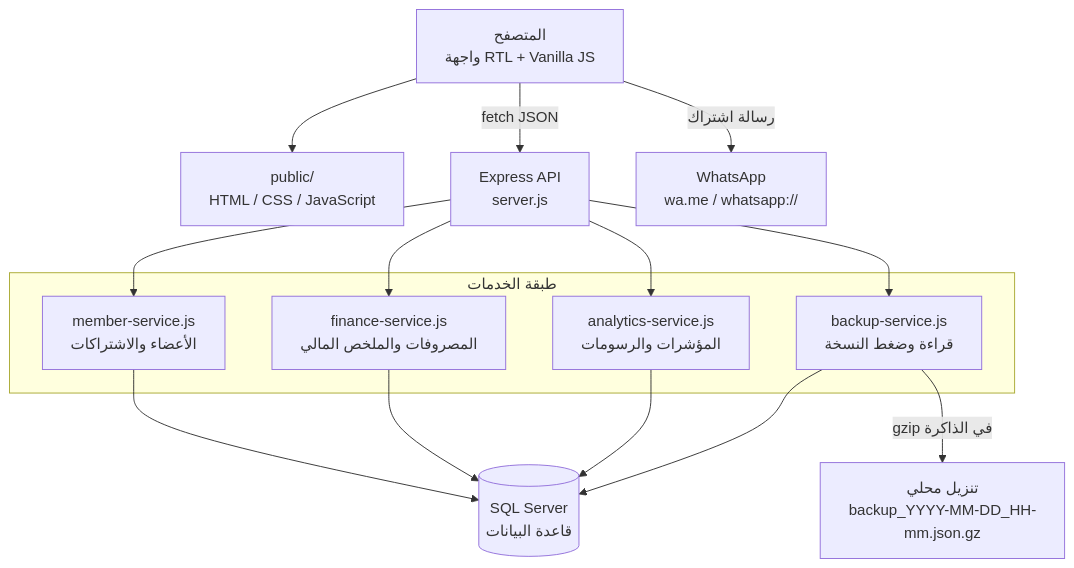
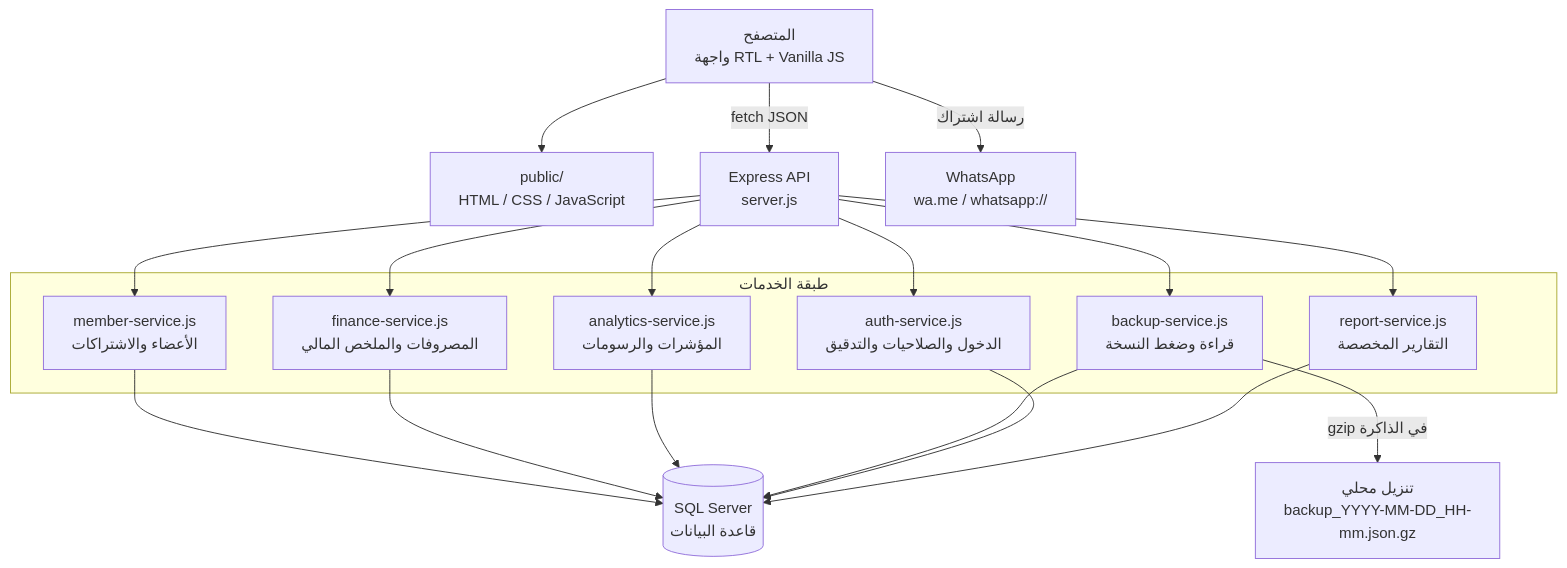
The first of 5 diagrams in README.md (AhmedSalem104/Top-Gym-Managment), drawn with Mermaid before and after one commit. The commit also changed other lines of this file and 15 other files, not shown here.

````diff
--- a/README.md
+++ b/README.md
@@ -45,30 +51,36 @@
 ```mermaid
 flowchart TB
     Browser["المتصفح<br/>واجهة RTL + Vanilla JS"]
     Assets["public/<br/>HTML / CSS / JavaScript"]
     API["Express API<br/>server.js"]
 
     subgraph Services["طبقة الخدمات"]
         Members["member-service.js<br/>الأعضاء والاشتراكات"]
         Finance["finance-service.js<br/>المصروفات والملخص المالي"]
         Analytics["analytics-service.js<br/>المؤشرات والرسومات"]
         Backup["backup-service.js<br/>قراءة وضغط النسخة"]
+        Auth["auth-service.js<br/>الدخول والصلاحيات والتدقيق"]
+        Reports["report-service.js<br/>التقارير المخصصة"]
     end
 
     SQL[("SQL Server<br/>قاعدة البيانات")]
     WhatsApp["WhatsApp<br/>wa.me / whatsapp://"]
     Download["تنزيل محلي<br/>backup_YYYY-MM-DD_HH-mm.json.gz"]
 
     Browser --> Assets
     Browser -->|fetch JSON| API
     API --> Members
     API --> Finance
     API --> Analytics
     API --> Backup
+    API --> Auth
+    API --> Reports
     Members --> SQL
     Finance --> SQL
     Analytics --> SQL
     Backup --> SQL
+    Auth --> SQL
+    Reports --> SQL
     Backup -->|gzip في الذاكرة| Download
     Browser -->|رسالة اشتراك| WhatsApp
 ```
````
